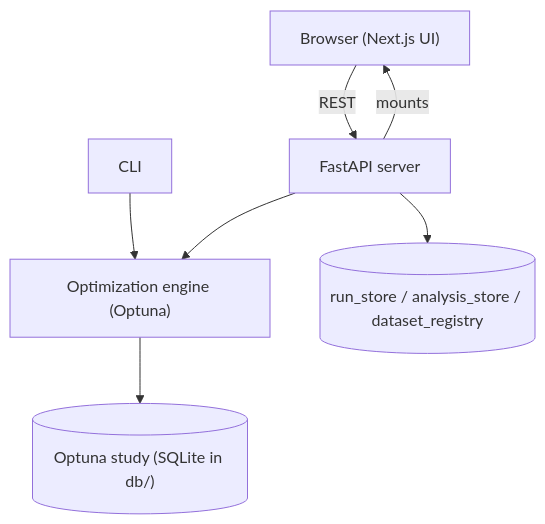
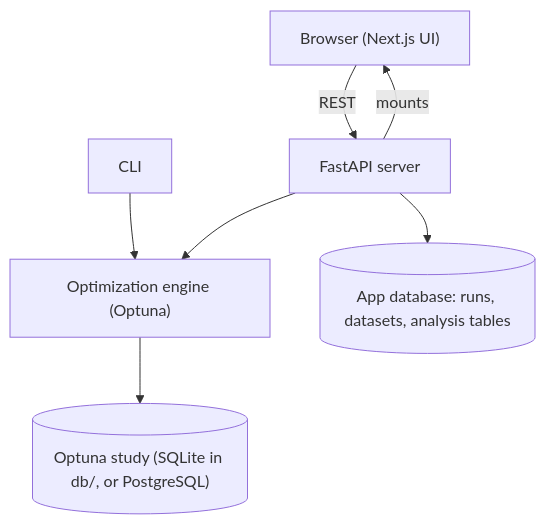
The diagram in docs-site/src/content/docs/explanation/architecture.md (Qentora/quoptuna), drawn with Mermaid before and after one commit. The commit also changed other lines of this file and 45 other files, not shown here.

````diff
--- a/docs-site/src/content/docs/explanation/architecture.md
+++ b/docs-site/src/content/docs/explanation/architecture.md
@@ -18,9 +18,9 @@
 ```mermaid
 flowchart TD
   Browser["Browser (Next.js UI)"] -->|REST| API["FastAPI server"]
   CLI["CLI"] --> Engine["Optimization engine (Optuna)"]
   API --> Engine
-  Engine --> Study[("Optuna study (SQLite in db/)")]
-  API --> Stores[("run_store / analysis_store / dataset_registry")]
+  Engine --> Study[("Optuna study (SQLite in db/, or PostgreSQL)")]
+  API --> Stores[("App database: runs, datasets, analysis tables")]
   API -->|mounts| Browser
 ```
````
